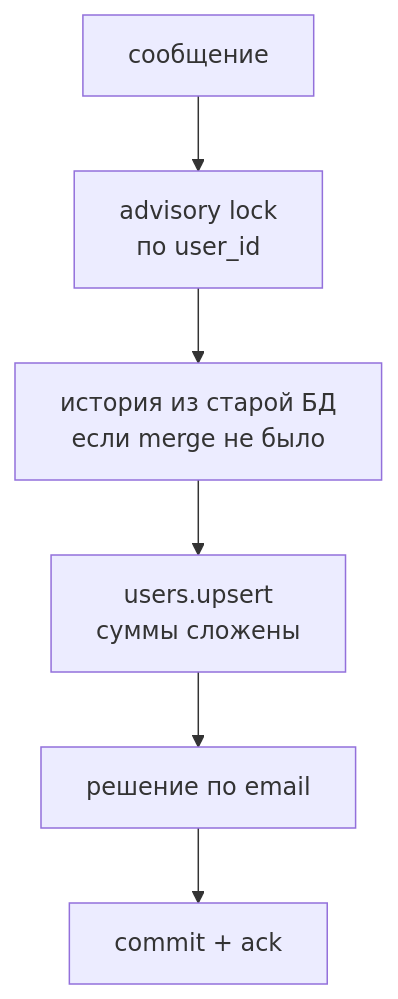
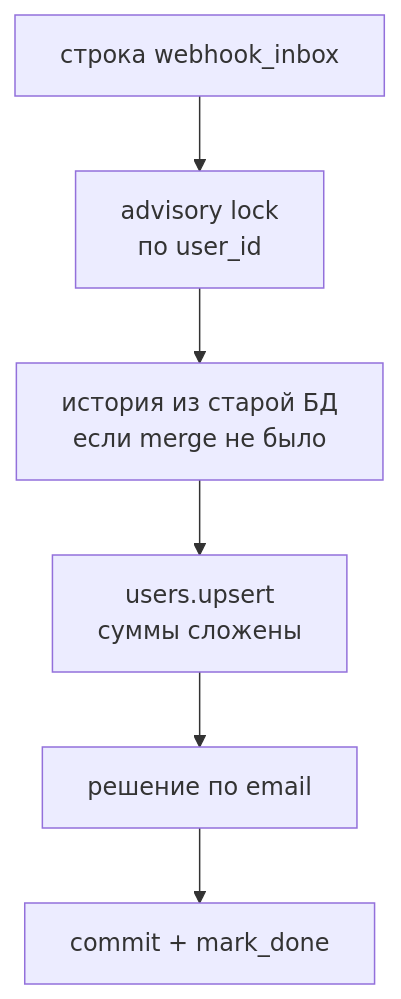
One commit to Nikita-Silent/teyca-sync changed the sixth of 11 diagrams in docs/current-runtime-flow.md. Above: the diagram before and after it, drawn with Mermaid. The commit also changed other lines of this file and 11 other files, not shown here.

````diff
--- a/docs/current-runtime-flow.md
+++ b/docs/current-runtime-flow.md
@@ -210,4 +251,4 @@
 ```mermaid
 flowchart TB
-    M["сообщение"] --> L["advisory lock<br/>по user_id"] --> H["история из старой БД<br/>если merge не было"] --> U["users.upsert<br/>суммы сложены"] --> D["решение по email"] --> C["commit + ack"]
+    M["строка webhook_inbox"] --> L["advisory lock<br/>по user_id"] --> H["история из старой БД<br/>если merge не было"] --> U["users.upsert<br/>суммы сложены"] --> D["решение по email"] --> C["commit + mark_done"]
 ```
````
